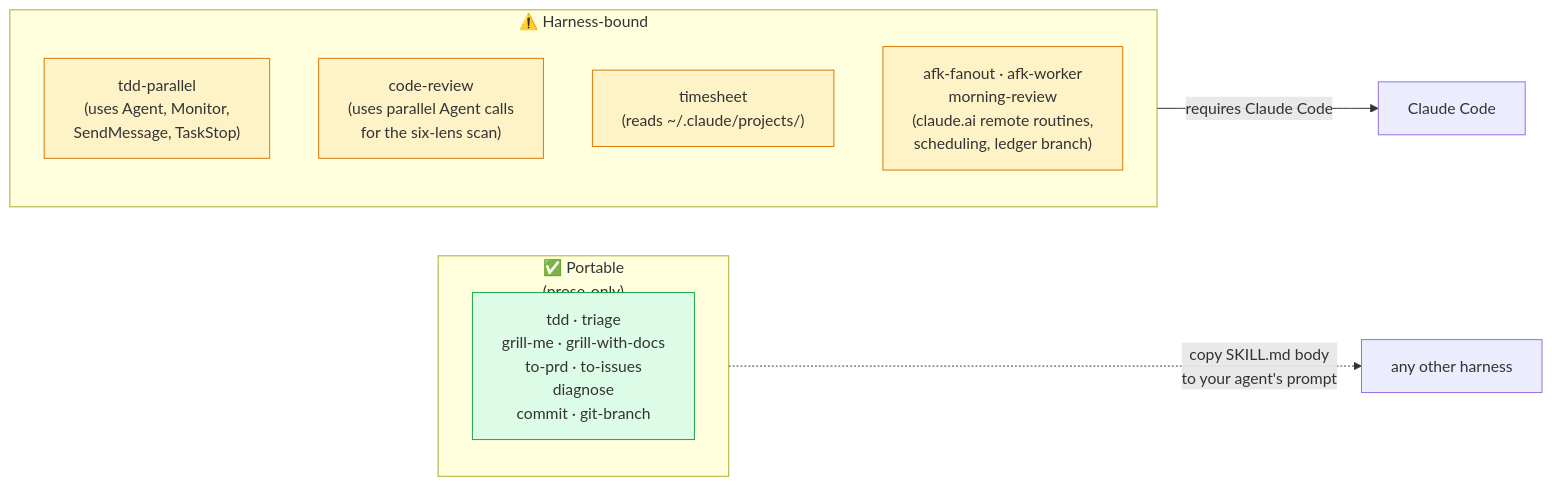
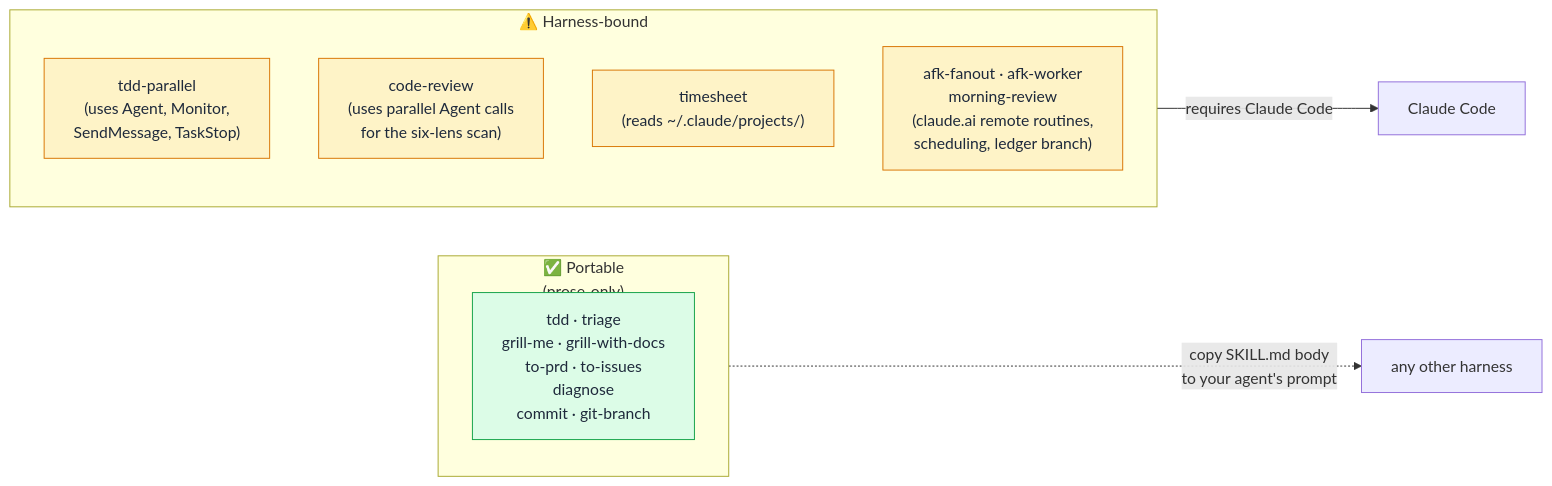
One commit to ZunoSmartLabs/zsl-superpowers changed the first of 5 diagrams in docs/faq.md. Above: the diagram before and after it, drawn with Mermaid. The commit also changed other lines of this file and 8 other files, not shown here.

First line of the commit message:
docs(remote-agents): add scheduling rationale + fix dark-mode diagram text

````diff
--- a/docs/faq.md
+++ b/docs/faq.md
@@ -17,19 +17,19 @@
 ```mermaid
 flowchart LR
     subgraph portable["✅ Portable<br/>(prose-only)"]
         p1["tdd · triage<br/>grill-me · grill-with-docs<br/>to-prd · to-issues<br/>diagnose<br/>commit · git-branch"]
     end
     subgraph harness["⚠️ Harness-bound"]
         h1["tdd-parallel<br/>(uses Agent, Monitor,<br/>SendMessage, TaskStop)"]
         h3["code-review<br/>(uses parallel Agent calls<br/>for the six-lens scan)"]
         h2["timesheet<br/>(reads ~/.claude/projects/)"]
         h4["afk-fanout · afk-worker<br/>morning-review<br/>(claude.ai remote routines,<br/>scheduling, ledger branch)"]
     end
     portable -.->|"copy SKILL.md body<br/>to your agent's prompt"| other["any other harness"]
     harness -->|"requires Claude Code"| cc["Claude Code"]
 
-    classDef good fill:#dcfce7,stroke:#16a34a;
-    classDef bound fill:#fef3c7,stroke:#d97706;
+    classDef good fill:#dcfce7,stroke:#16a34a,color:#1e293b;
+    classDef bound fill:#fef3c7,stroke:#d97706,color:#1e293b;
     class p1 good
     class h1,h2,h3,h4 bound
 ```
````
